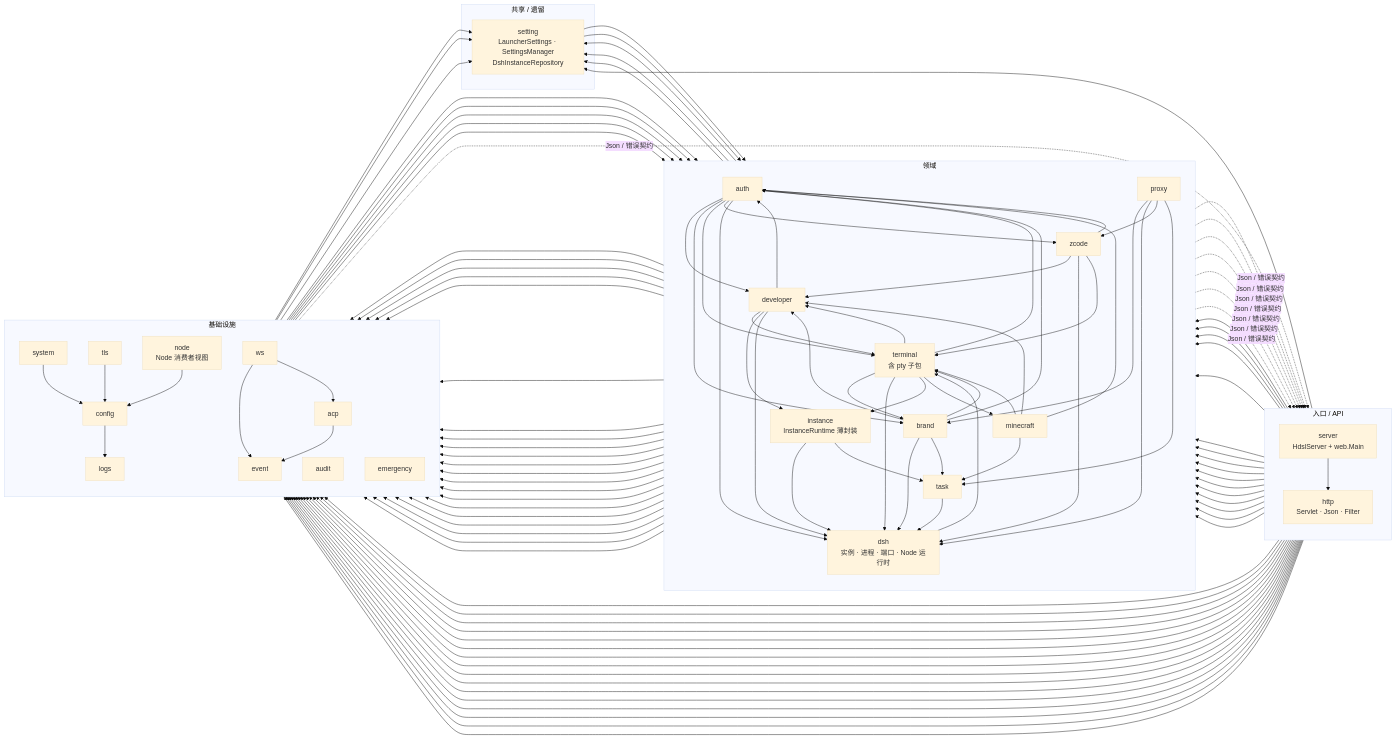
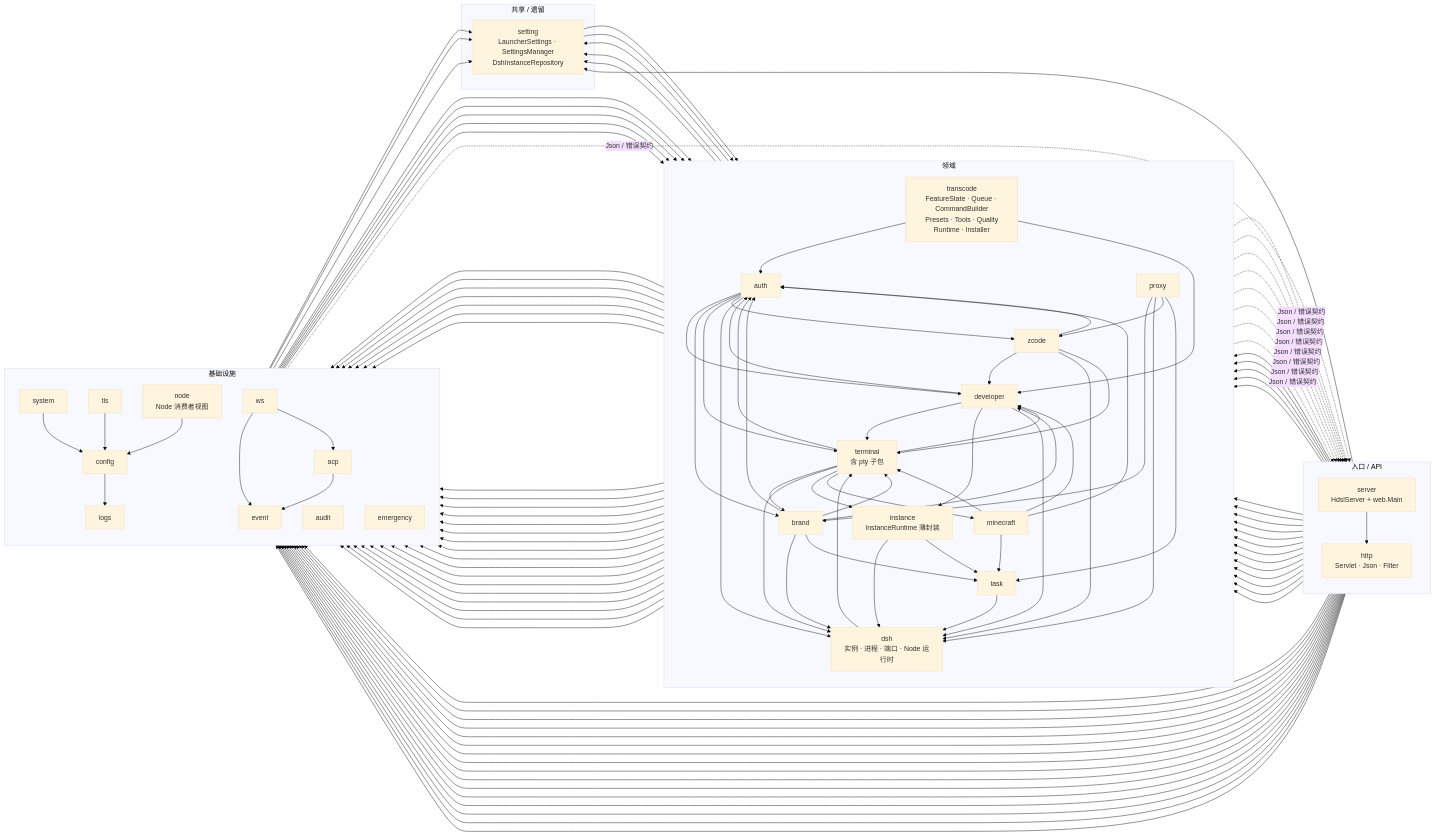
One commit to nas200-timmy/HDSL-WEB changed the diagram in docs/architecture/backend.md. Above: the diagram before and after it, drawn with Mermaid (base theme). The commit also changed other lines of this file and 7 other files, not shown here.

First line of the commit message:
docs(architecture): 按落地代码重画架构图并补转码流程

````diff
--- a/docs/architecture/backend.md
+++ b/docs/architecture/backend.md
@@ -24,6 +24,7 @@
     terminal["terminal<br/>含 pty 子包"]
     proxy["proxy"]
     task["task"]
+    transcode["transcode<br/>FeatureState · Queue · CommandBuilder<br/>Presets · Tools · Quality<br/>Runtime · Installer"]
   end
 
   subgraph shared["共享 / 遗留"]
@@ -54,6 +55,7 @@
   server --> proxy
   server --> task
   server --> terminal
+  server --> transcode
   server --> tls
   server --> ws
   server --> event
@@ -70,6 +72,7 @@
   http --> brand
   http --> task
   http --> terminal
+  http --> transcode
   http --> config
   http --> event
   http --> logs
@@ -147,6 +150,12 @@
   task --> dsh
   task --> event
 
+  transcode --> auth
+  transcode --> developer
+  transcode --> config
+  transcode --> event
+  transcode --> audit
+
   setting --> brand
   setting --> dsh
   dsh --> setting
@@ -176,4 +185,5 @@
   terminal -.->|"Json / 错误契约"| http
   proxy -.->|"Json / 错误契约"| http
   system -.->|"Json / 错误契约"| http
+  transcode -.->|"Json / 错误契约"| http
 ```
````
